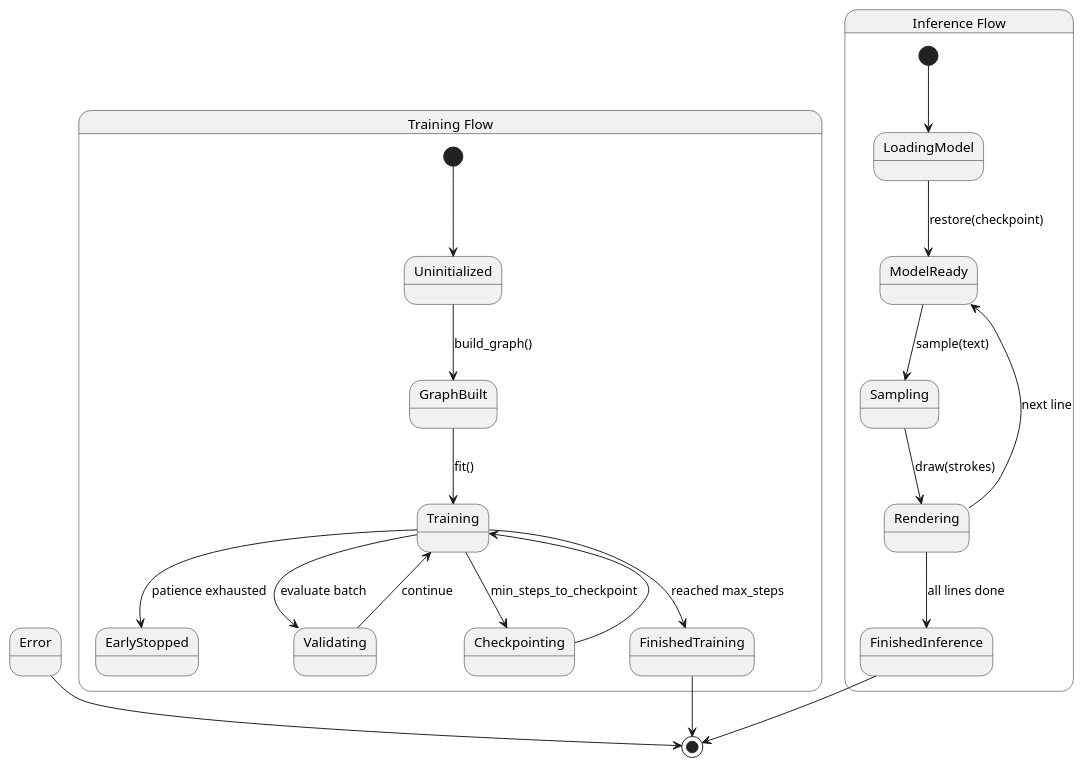
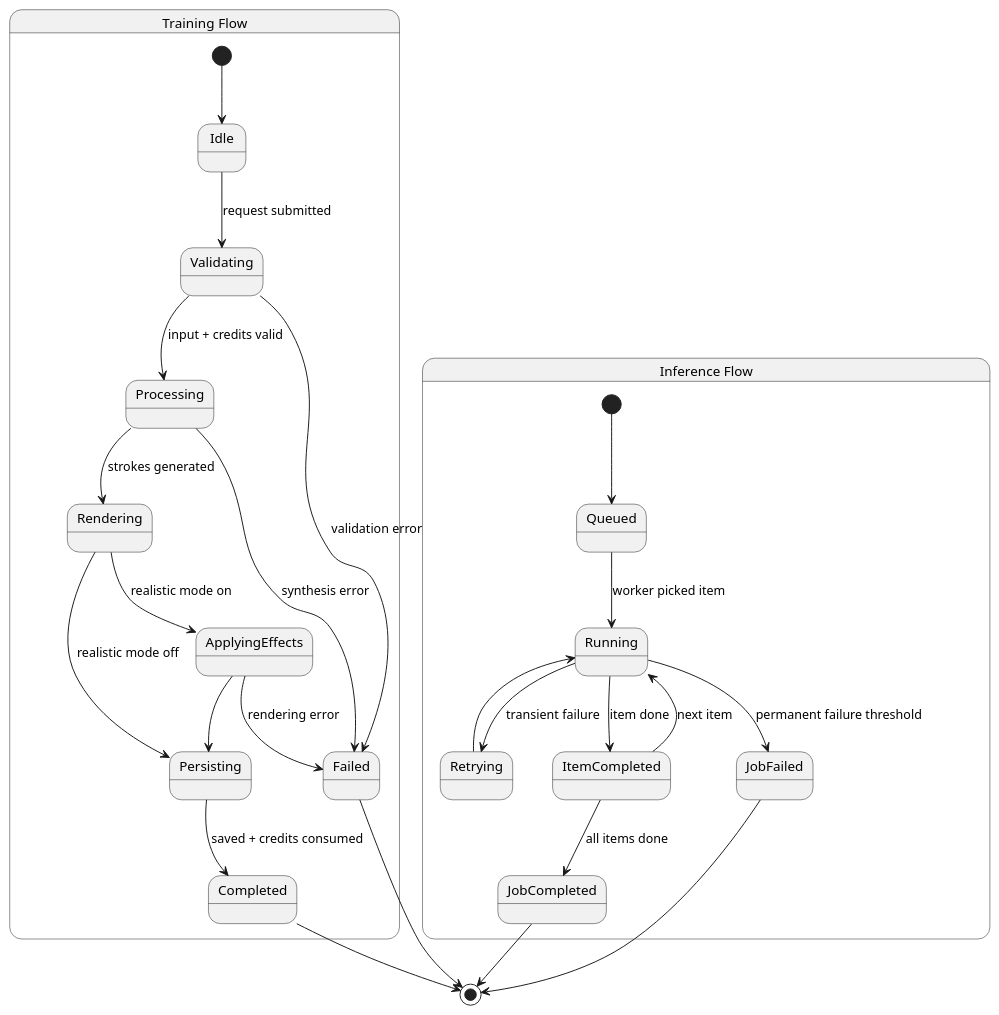
One commit to bhadraagada/ctrlpluspen changed the tenth of 15 diagrams in docss/CONCEPTUAL_DIAGRAMS.md. Above: the diagram before and after it, drawn with PlantUML. The commit also changed other lines of this file and 138 other files, not shown here.

````diff
--- a/docss/CONCEPTUAL_DIAGRAMS.md
+++ b/docss/CONCEPTUAL_DIAGRAMS.md
@@ -449,34 +549,36 @@
 ```plantuml
 @startuml
 skinparam monochrome true
 skinparam shadowing false
 
 state "Training Flow" as TrainingFlow {
-  [*] --> Uninitialized
-  Uninitialized --> GraphBuilt : build_graph()
-  GraphBuilt --> Training : fit()
-
-  Training --> Validating : evaluate batch
-  Validating --> Training : continue
-
-  Training --> Checkpointing : min_steps_to_checkpoint
-  Checkpointing --> Training
-
-  Training --> EarlyStopped : patience exhausted
-  Training --> FinishedTraining : reached max_steps
+  [*] --> Idle
+  Idle --> Validating : request submitted
+  Validating --> Processing : input + credits valid
+  Validating --> Failed : validation error
+  Processing --> Rendering : strokes generated
+  Rendering --> ApplyingEffects : realistic mode on
+  Rendering --> Persisting : realistic mode off
+  ApplyingEffects --> Persisting
+  Persisting --> Completed : saved + credits consumed
+  Processing --> Failed : synthesis error
+  ApplyingEffects --> Failed : rendering error
 }
 
 state "Inference Flow" as InferenceFlow {
-  [*] --> LoadingModel
-  LoadingModel --> ModelReady : restore(checkpoint)
-  ModelReady --> Sampling : sample(text)
-  Sampling --> Rendering : draw(strokes)
-  Rendering --> ModelReady : next line
-  Rendering --> FinishedInference : all lines done
+  [*] --> Queued
+  Queued --> Running : worker picked item
+  Running --> Retrying : transient failure
+  Retrying --> Running
+  Running --> ItemCompleted : item done
+  ItemCompleted --> Running : next item
+  ItemCompleted --> JobCompleted : all items done
+  Running --> JobFailed : permanent failure threshold
 }
 
-FinishedTraining --> [*]
-FinishedInference --> [*]
-Error --> [*]
+Completed --> [*]
+Failed --> [*]
+JobCompleted --> [*]
+JobFailed --> [*]
 @enduml
 ```
````
